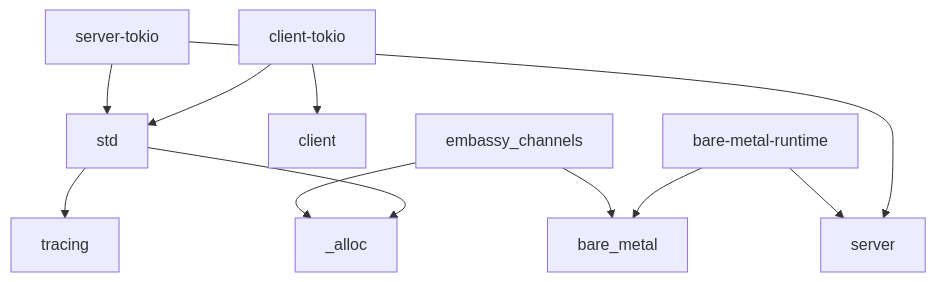
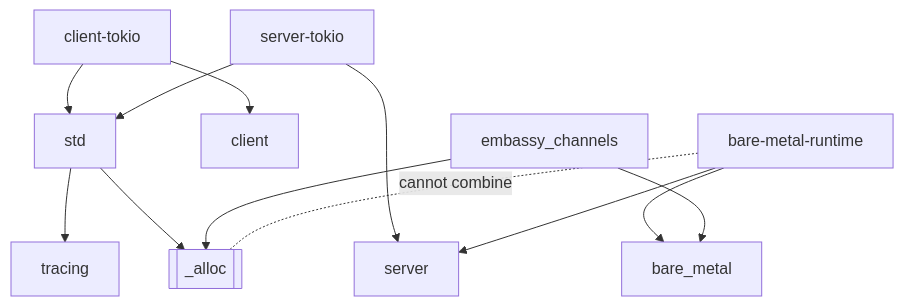
The diagram in CONTRIBUTING.md (luminartech/simple_someip), drawn with Mermaid before and after one commit. The commit also changed other lines of this file, not shown here.

First line of the commit message:
docs: correct the feature graph and drop the --all-features line

````diff
--- a/CONTRIBUTING.md
+++ b/CONTRIBUTING.md
@@ -15,15 +20,17 @@
 ```mermaid
 flowchart TD
     F_std["std"] --> F_tracing["tracing"]
-    F_std --> F_alloc["_alloc"]
+    F_std --> F_alloc[["_alloc"]]
 
     F_ctokio["client-tokio"] --> F_client["client"]
     F_ctokio --> F_std
     F_stokio["server-tokio"] --> F_server["server"]
     F_stokio --> F_std
 
     F_bmr["bare-metal-runtime"] --> F_bm["bare_metal"]
     F_bmr --> F_server
     F_ec["embassy_channels"] --> F_bm
     F_ec --> F_alloc
+
+    F_bmr -. "cannot combine" .- F_alloc
 ```
````
